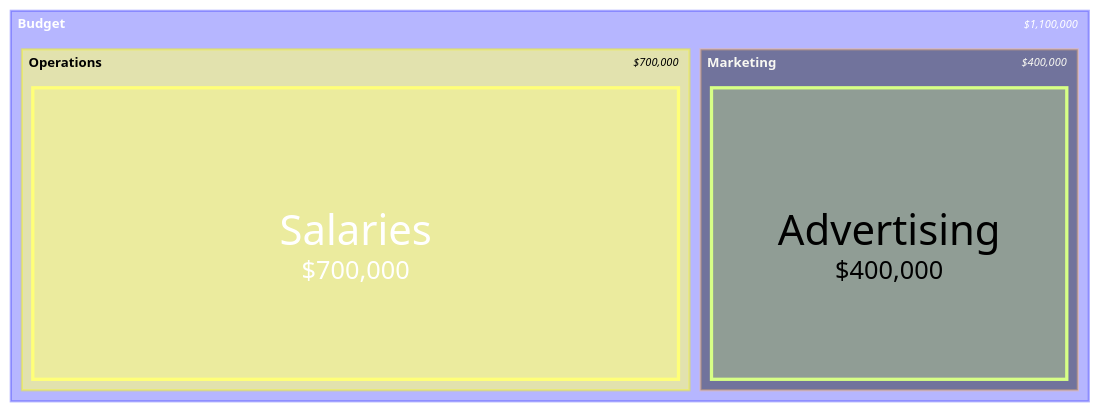
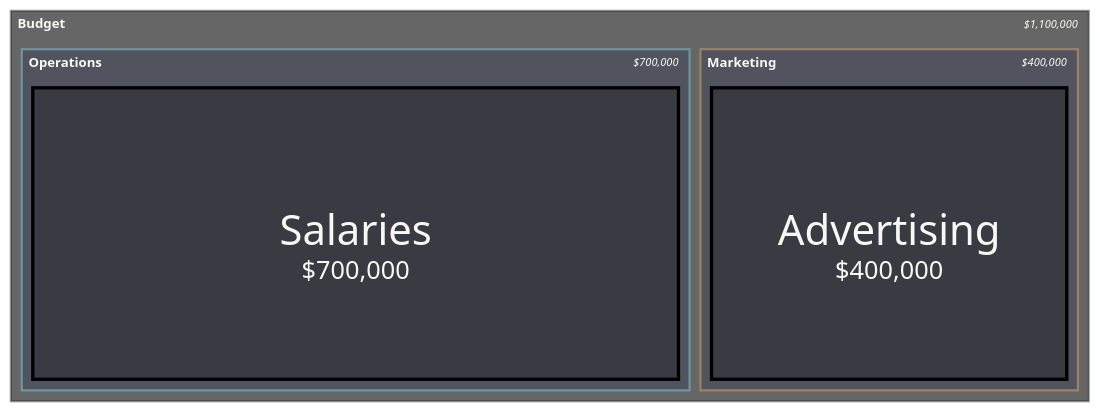
One commit to bsamiee/Rasm changed diagram 11 of 25 in .claude/skills/mermaid-diagramming/references/syntax-extended.md. Above: the diagram before and after it, drawn with Mermaid. The commit also changed other lines of this file and 55 other files, not shown here.

````diff
--- a/.claude/skills/mermaid-diagramming/references/syntax-extended.md
+++ b/.claude/skills/mermaid-diagramming/references/syntax-extended.md
@@ -259,14 +322,23 @@
 ```mermaid
 ---
 config:
+  theme: base
+  themeVariables:
+    darkMode: true
+    textColor: "#F8F8F2"
+    titleColor: "#F8F8F2"
+    primaryColor: "#44475A"
+    primaryTextColor: "#F8F8F2"
+    primaryBorderColor: "#BD93F9"
   treemap:
     valueFormat: '$0,0'
 ---
 treemap-beta
 "Budget"
-    "Operations"
+    "Operations":::ops
         "Salaries": 700000
     "Marketing":::focus
         "Advertising": 400000
+classDef ops fill:#44475A,stroke:#8BE9FD,color:#F8F8F2
 classDef focus fill:#44475A,stroke:#FFB86C,color:#F8F8F2
 ```
````
